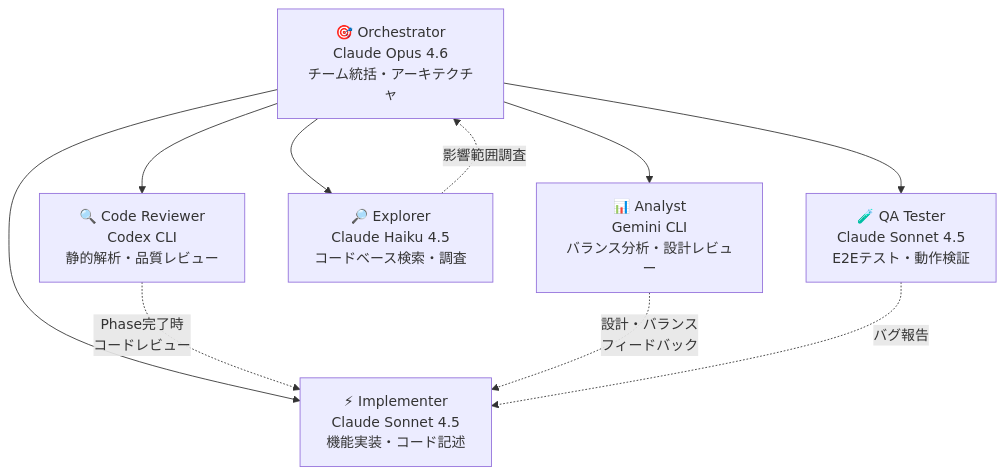
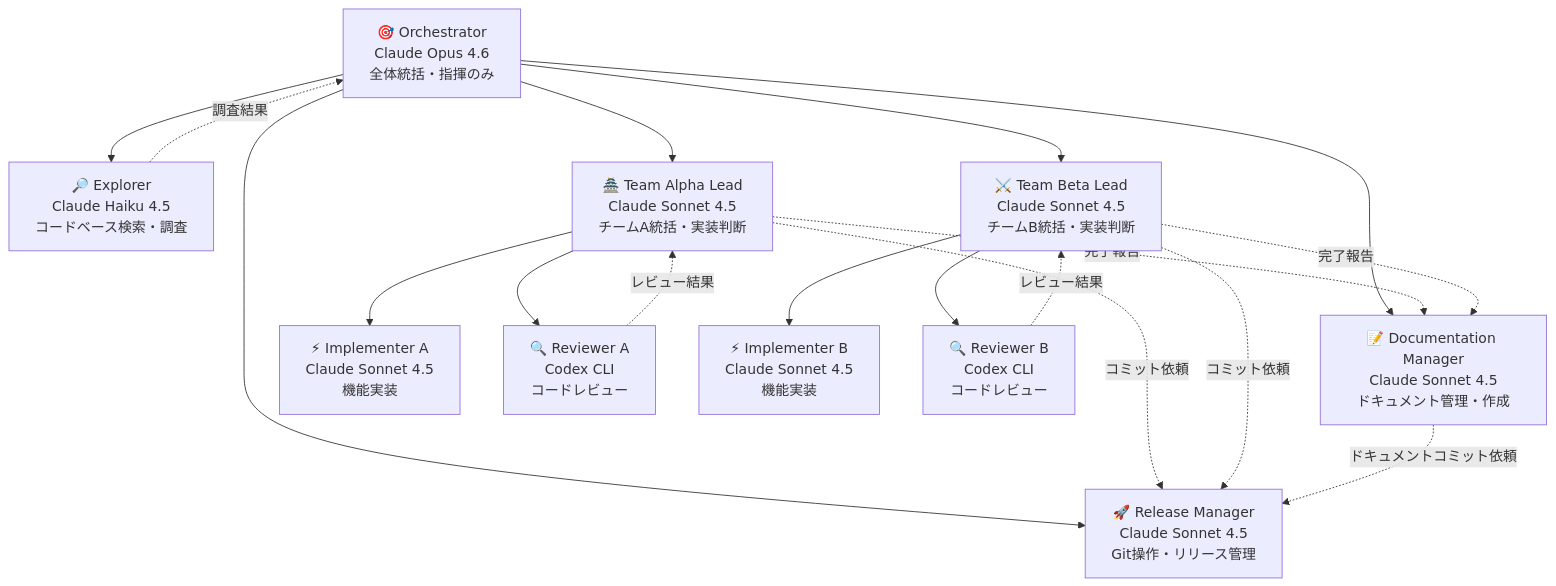
The diagram in docs/AGENT_TEAMS.md (yn01/bakumatsu-fantasy), drawn with Mermaid before and after one commit. The commit also changed other lines of this file, not shown here.

First line of the commit message:
Restructure agent teams: 2-team parallel with Doc/Release managers

````diff
--- a/docs/AGENT_TEAMS.md
+++ b/docs/AGENT_TEAMS.md
@@ -7,15 +7,26 @@
 ```mermaid
 graph TB
-    ORC["🎯 Orchestrator<br/>Claude Opus 4.6<br/>チーム統括・アーキテクチャ"]
+    ORC["🎯 Orchestrator<br/>Claude Opus 4.6<br/>全体統括・指揮のみ"]
 
-    ORC --> IMP["⚡ Implementer<br/>Claude Sonnet 4.5<br/>機能実装・コード記述"]
-    ORC --> CR["🔍 Code Reviewer<br/>Codex CLI<br/>静的解析・品質レビュー"]
-    ORC --> ANL["📊 Analyst<br/>Gemini CLI<br/>バランス分析・設計レビュー"]
+    ORC --> DOC["📝 Documentation Manager<br/>Claude Sonnet 4.5<br/>ドキュメント管理・作成"]
+    ORC --> REL["🚀 Release Manager<br/>Claude Sonnet 4.5<br/>Git操作・リリース管理"]
     ORC --> EXP["🔎 Explorer<br/>Claude Haiku 4.5<br/>コードベース検索・調査"]
-    ORC --> QA["🧪 QA Tester<br/>Claude Sonnet 4.5<br/>E2Eテスト・動作検証"]
 
-    CR -.->|"Phase完了時<br/>コードレビュー"| IMP
-    ANL -.->|"設計・バランス<br/>フィードバック"| IMP
-    QA -.->|"バグ報告"| IMP
-    EXP -.->|"影響範囲調査"| ORC
+    ORC --> TLA["🏯 Team Alpha Lead<br/>Claude Sonnet 4.5<br/>チームA統括・実装判断"]
+    ORC --> TLB["⚔️ Team Beta Lead<br/>Claude Sonnet 4.5<br/>チームB統括・実装判断"]
+
+    TLA --> IMPA["⚡ Implementer A<br/>Claude Sonnet 4.5<br/>機能実装"]
+    TLA --> RVA["🔍 Reviewer A<br/>Codex CLI<br/>コードレビュー"]
+
+    TLB --> IMPB["⚡ Implementer B<br/>Claude Sonnet 4.5<br/>機能実装"]
+    TLB --> RVB["🔍 Reviewer B<br/>Codex CLI<br/>コードレビュー"]
+
+    RVA -.->|"レビュー結果"| TLA
+    RVB -.->|"レビュー結果"| TLB
+    TLA -.->|"完了報告"| DOC
+    TLB -.->|"完了報告"| DOC
+    TLA -.->|"コミット依頼"| REL
+    TLB -.->|"コミット依頼"| REL
+    DOC -.->|"ドキュメントコミット依頼"| REL
+    EXP -.->|"調査結果"| ORC
 ```
````
